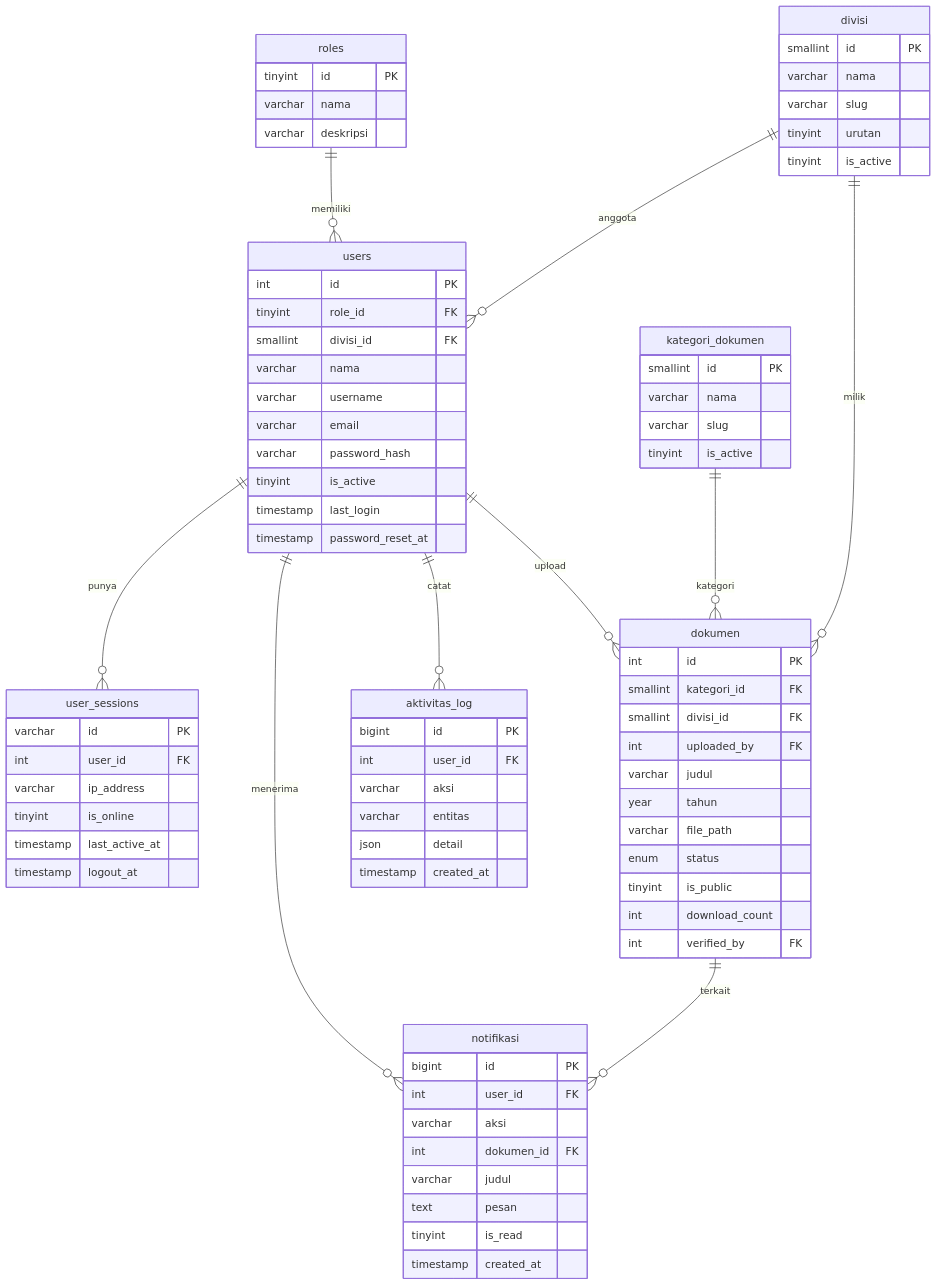
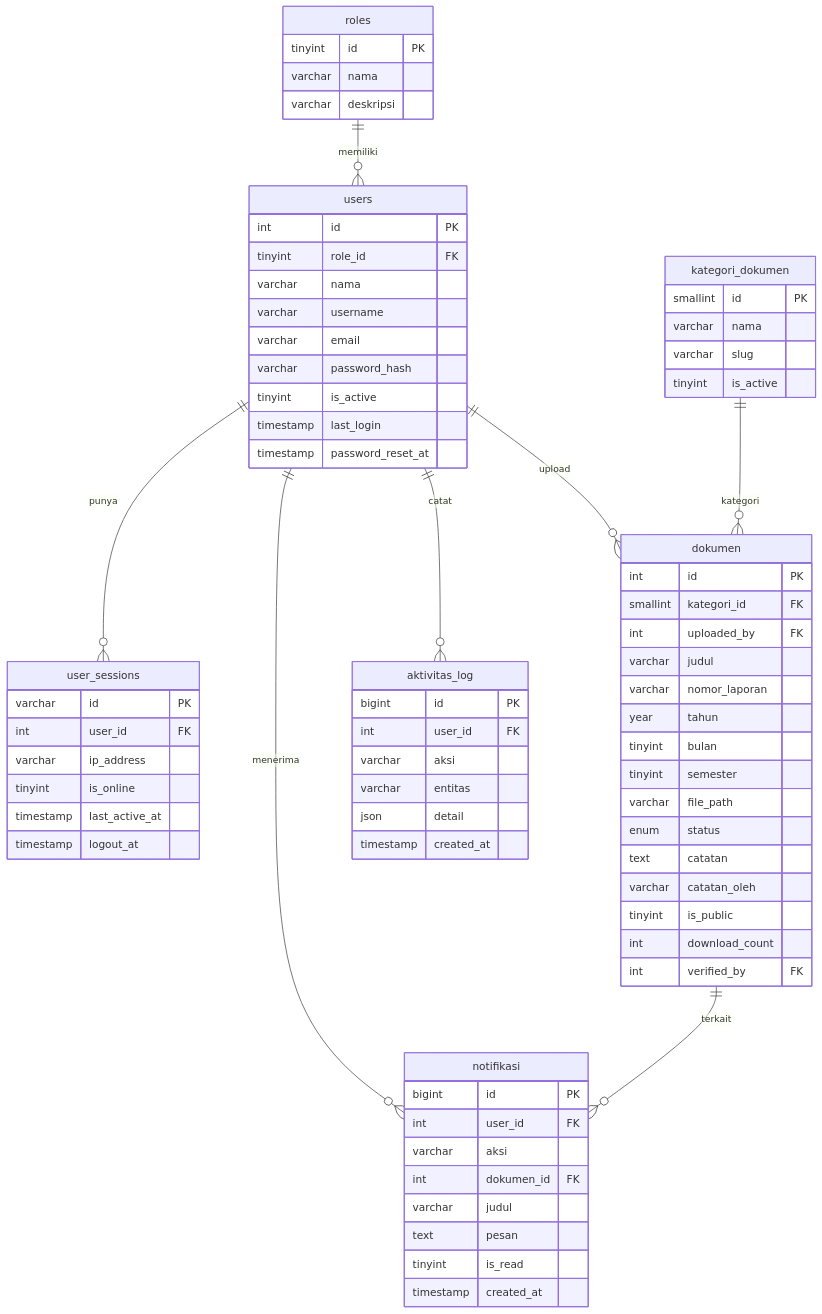
Before and after one commit to Adivalisna1/WEB-MAGANG-: the tenth of 10 diagrams in README.md, drawn with Mermaid. The commit also changed other lines of this file and 42 other files, not shown here.

Commit message:
v2.0.0: verifikasi 2 tahap, hapus sistem divisi, nomor laporan, semester, limit 50MB, preview ketua tim & dokumentasi proses bisnis

````diff
--- a/README.md
+++ b/README.md
@@ -539,82 +614,76 @@
 ```mermaid
 erDiagram
     roles {
         tinyint id PK
         varchar nama
         varchar deskripsi
     }
     users {
         int id PK
         tinyint role_id FK
-        smallint divisi_id FK
         varchar nama
         varchar username
         varchar email
         varchar password_hash
         tinyint is_active
         timestamp last_login
         timestamp password_reset_at
     }
     user_sessions {
         varchar id PK
         int user_id FK
         varchar ip_address
         tinyint is_online
         timestamp last_active_at
         timestamp logout_at
     }
     kategori_dokumen {
         smallint id PK
         varchar nama
         varchar slug
         tinyint is_active
     }
-    divisi {
-        smallint id PK
-        varchar nama
-        varchar slug
-        tinyint urutan
-        tinyint is_active
-    }
     dokumen {
         int id PK
         smallint kategori_id FK
-        smallint divisi_id FK
         int uploaded_by FK
         varchar judul
+        varchar nomor_laporan
         year tahun
+        tinyint bulan
+        tinyint semester
         varchar file_path
         enum status
+        text catatan
+        varchar catatan_oleh
         tinyint is_public
         int download_count
         int verified_by FK
     }
     aktivitas_log {
         bigint id PK
         int user_id FK
         varchar aksi
         varchar entitas
         json detail
         timestamp created_at
     }
     notifikasi {
         bigint id PK
         int user_id FK
         varchar aksi
         int dokumen_id FK
         varchar judul
         text pesan
         tinyint is_read
         timestamp created_at
     }
 
     roles ||--o{ users : "memiliki"
     users ||--o{ user_sessions : "punya"
     users ||--o{ dokumen : "upload"
     users ||--o{ aktivitas_log : "catat"
     users ||--o{ notifikasi : "menerima"
     dokumen ||--o{ notifikasi : "terkait"
     kategori_dokumen ||--o{ dokumen : "kategori"
-    divisi ||--o{ dokumen : "milik"
-    divisi ||--o{ users : "anggota"
 ```
````
